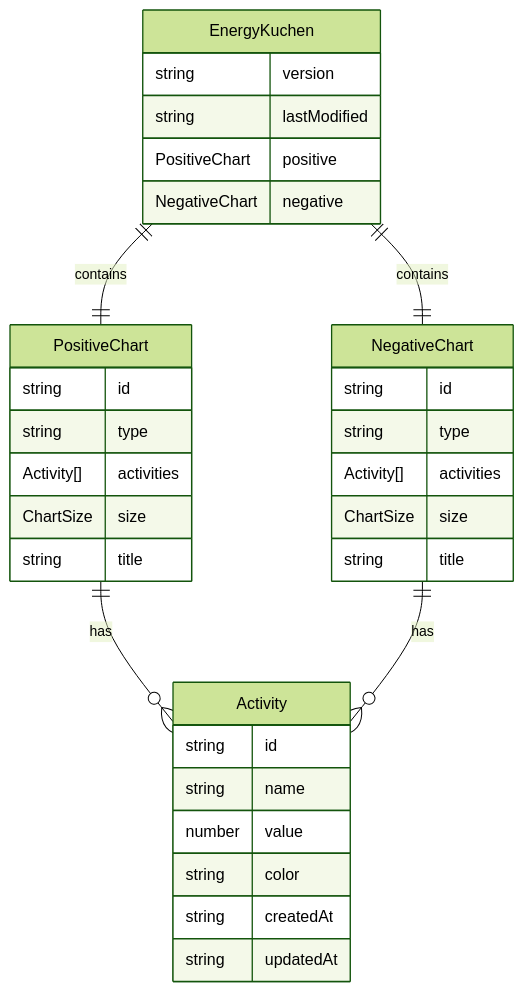
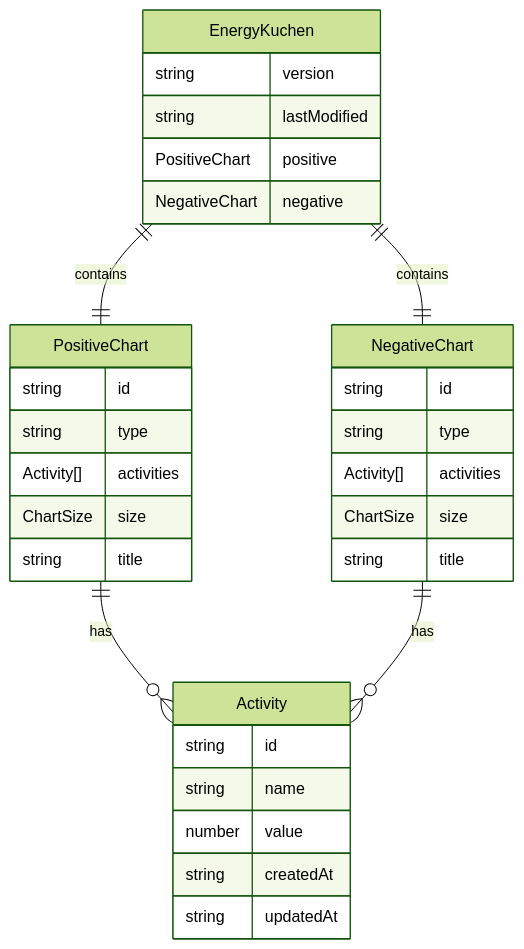
Before and after one commit to tobihagemann/energiekuchen: the fourth of 13 diagrams in docs/software_design.md, drawn with Mermaid (forest theme). The commit also changed other lines of this file and 24 other files, not shown here.

````diff
--- a/docs/software_design.md
+++ b/docs/software_design.md
@@ -209,40 +207,39 @@
 ```mermaid
 erDiagram
     EnergyKuchen ||--|| PositiveChart : contains
     EnergyKuchen ||--|| NegativeChart : contains
     PositiveChart ||--o{ Activity : has
     NegativeChart ||--o{ Activity : has
 
     EnergyKuchen {
         string version
         string lastModified
         PositiveChart positive
         NegativeChart negative
     }
 
     PositiveChart {
         string id
         string type
         Activity[] activities
         ChartSize size
         string title
     }
 
     NegativeChart {
         string id
         string type
         Activity[] activities
         ChartSize size
         string title
     }
 
     Activity {
         string id
         string name
         number value
-        string color
         string createdAt
         string updatedAt
     }
 
 ```
````
